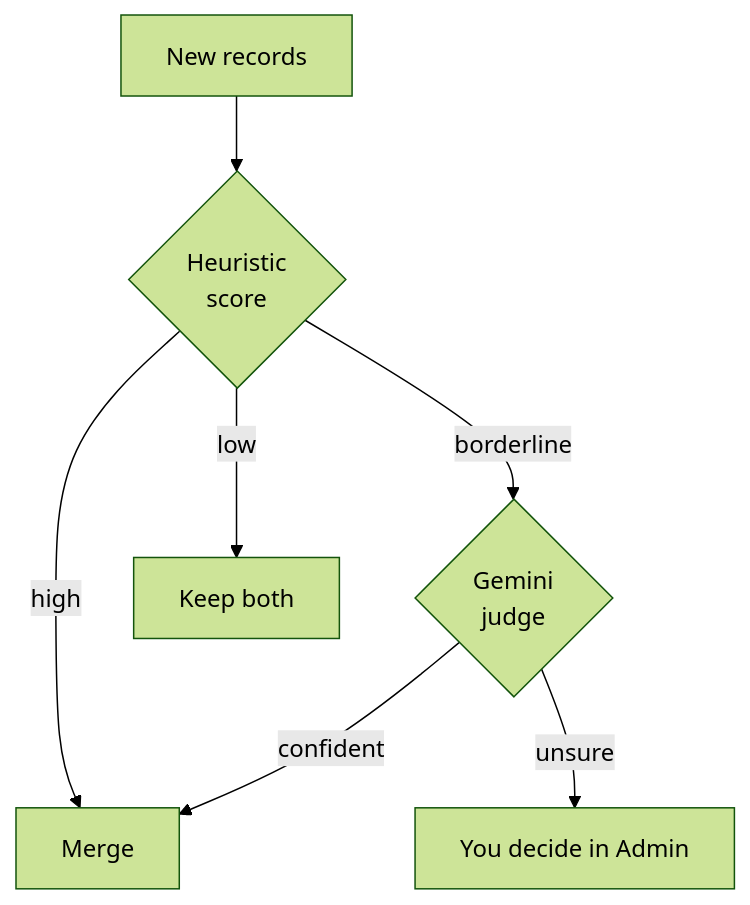
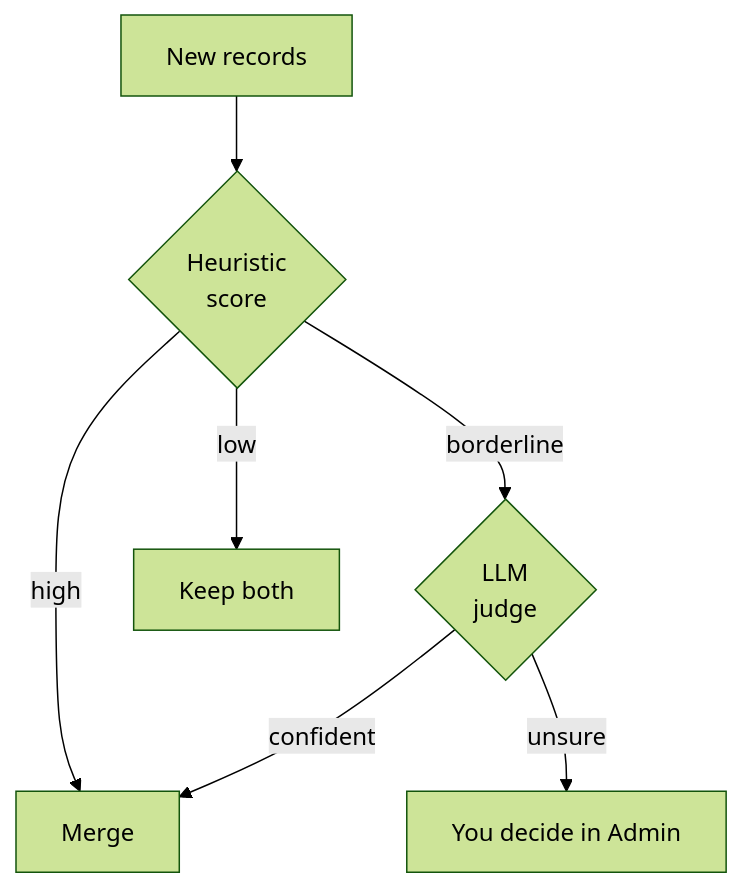
Before and after one commit to potalora/strand: the second of 3 diagrams in README.md, drawn with Mermaid (forest theme). The commit also changed other lines of this file, not shown here.

First line of the commit message:
docs: highlight multi-provider support in README, de-Gemini-center the prose

````diff
--- a/README.md
+++ b/README.md
@@ -99,9 +115,9 @@
 ```mermaid
 flowchart TD
     N["New records"] --> H{"Heuristic<br/>score"}
     H -->|high| M["Merge"]
-    H -->|borderline| J{"Gemini<br/>judge"}
+    H -->|borderline| J{"LLM<br/>judge"}
     H -->|low| K["Keep both"]
     J -->|confident| M
     J -->|unsure| R["You decide in Admin"]
 ```
````
